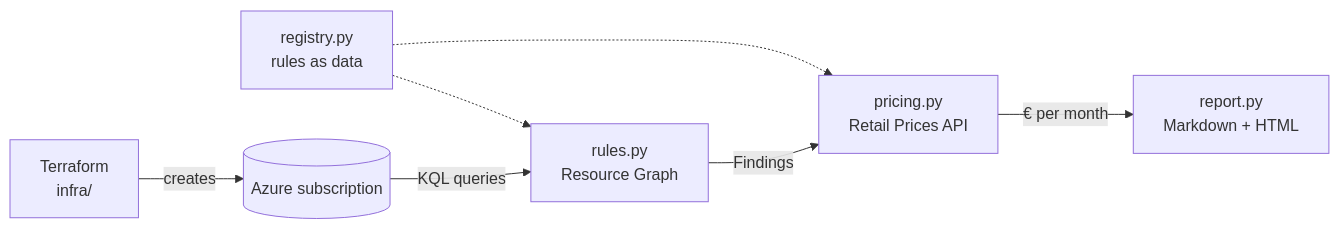
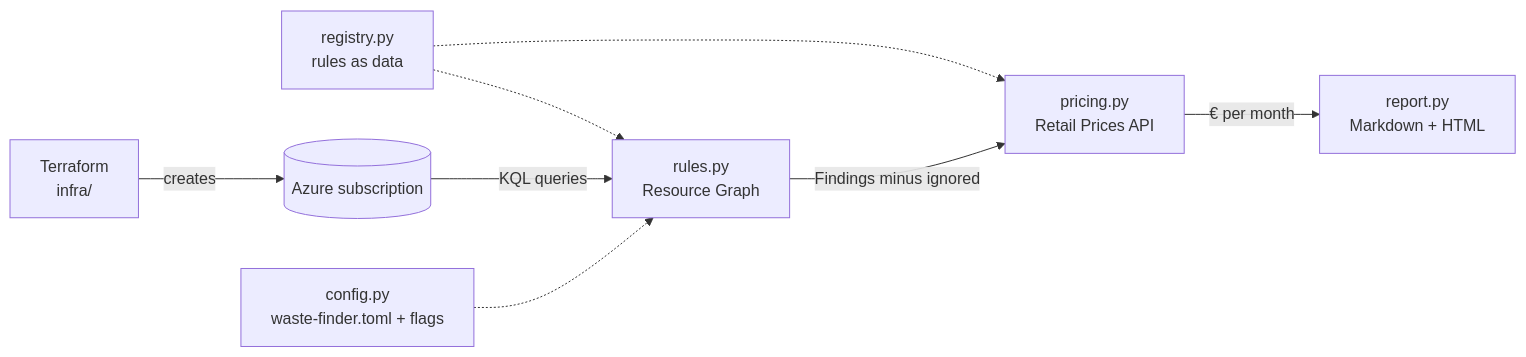
The diagram in README.md (viache25/azure-waste-finder), drawn with Mermaid before and after one commit. The commit also changed other lines of this file and 15 other files, not shown here.

````diff
--- a/README.md
+++ b/README.md
@@ -30,9 +30,10 @@
 ```mermaid
 flowchart LR
     TF[Terraform<br/>infra/] -->|creates| AZ[(Azure subscription)]
     REG[registry.py<br/>rules as data] -.-> RG
     REG -.-> PR
     AZ -->|KQL queries| RG[rules.py<br/>Resource Graph]
-    RG -->|Findings| PR[pricing.py<br/>Retail Prices API]
+    CFG[config.py<br/>waste-finder.toml + flags] -.-> RG
+    RG -->|Findings minus ignored| PR[pricing.py<br/>Retail Prices API]
     PR -->|€ per month| RP[report.py<br/>Markdown + HTML]
 ```
````
